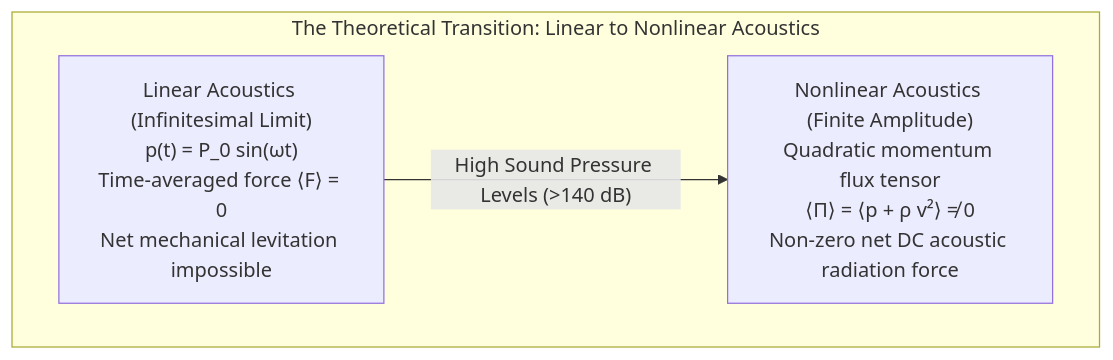
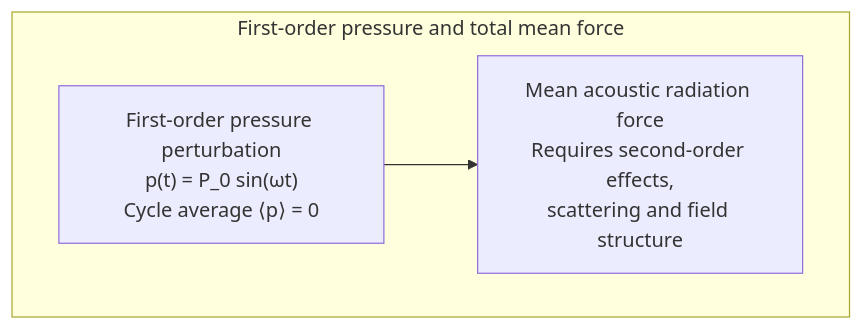
Before and after one commit to kenjinote/blog: the first of 5 diagrams in content/post/acoustic-levitation-standing-waves-radiation-force-ultrasonic-physics/index.en.md, drawn with Mermaid. The commit also changed other lines of this file and 16 other files, not shown here.

Commit message:
Review acoustic levitation translations

````diff
--- a/content/post/acoustic-levitation-standing-waves-radiation-force-ultrasonic-physics/index.en.md
+++ b/content/post/acoustic-levitation-standing-waves-radiation-force-ultrasonic-physics/index.en.md
@@ -46,8 +44,8 @@
 ```mermaid
 flowchart TD
-    subgraph AcousticParadox ["The Theoretical Transition: Linear to Nonlinear Acoustics"]
-        Linear["Linear Acoustics (Infinitesimal Limit)<br>p(t) = P_0 sin(ωt)<br>Time-averaged force ⟨F⟩ = 0<br>Net mechanical levitation impossible"]
-        Nonlinear["Nonlinear Acoustics (Finite Amplitude)<br>Quadratic momentum flux tensor<br>⟨Π⟩ = ⟨p + ρ v²⟩ ≠ 0<br>Non-zero net DC acoustic radiation force"]
+    subgraph AcousticParadox ["First-order pressure and total mean force"]
+        Linear["First-order pressure perturbation<br>p(t) = P_0 sin(ωt)<br>Cycle average ⟨p⟩ = 0"]
+        Force["Mean acoustic radiation force<br>Requires second-order effects,<br>scattering and field structure"]
     end
-    Linear -- "High Sound Pressure Levels (>140 dB)" --> Nonlinear
+    Linear --> Force
 ```
````
